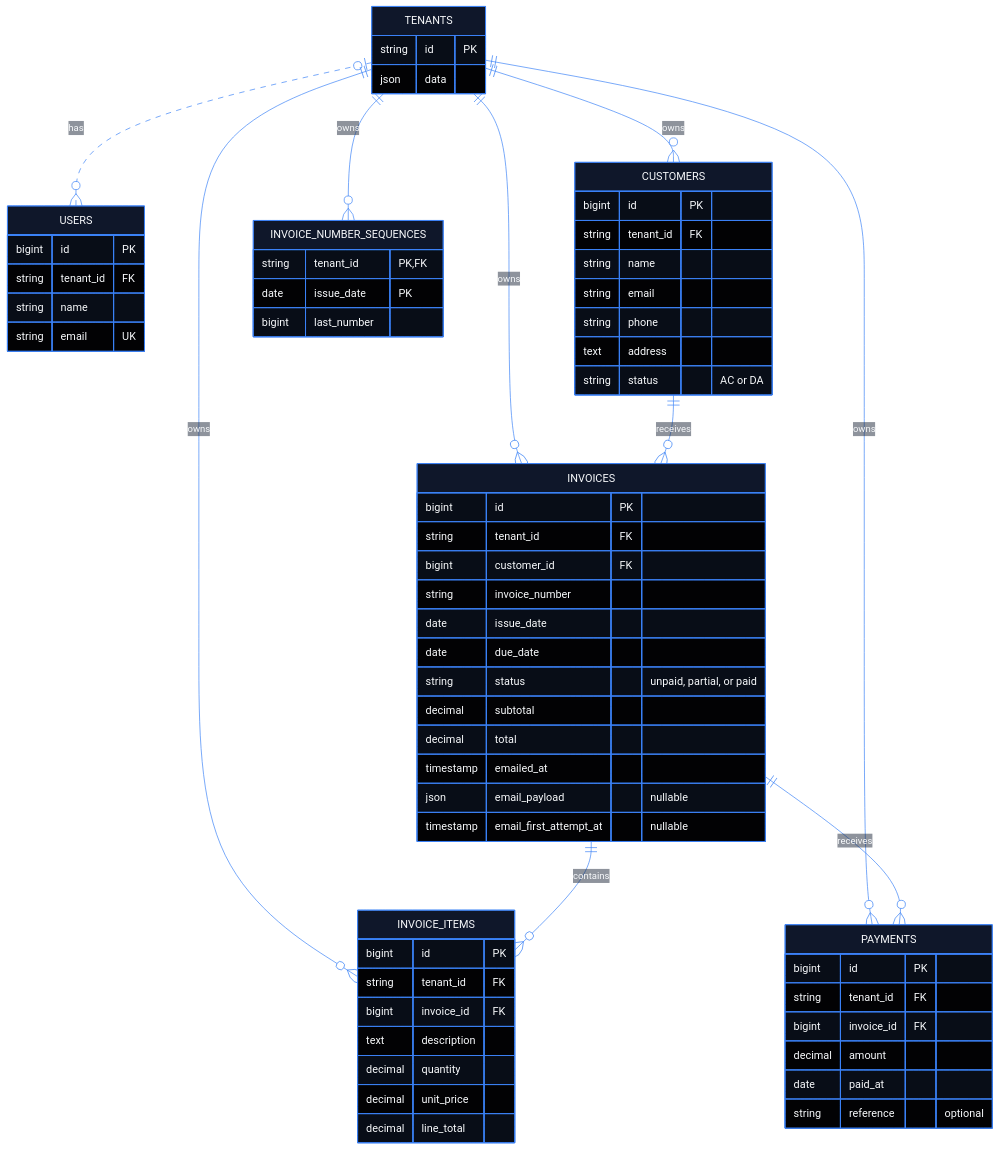
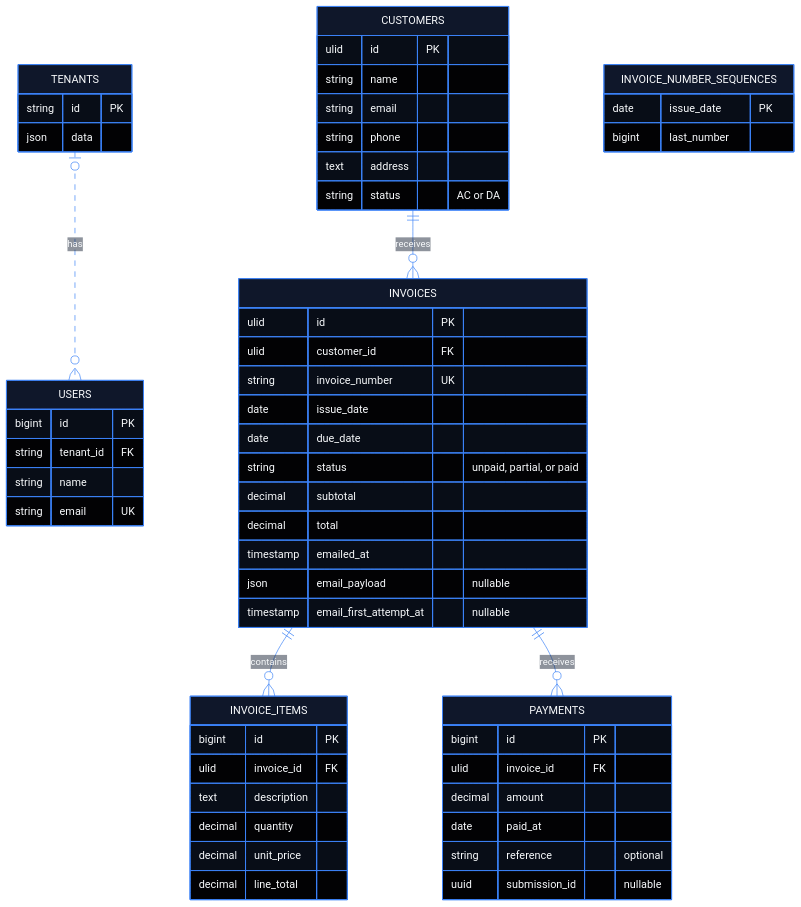
One commit to JunXianHoo/accounting_saas changed the diagram in docs/erd.md. Above: the diagram before and after it, drawn with Mermaid. The commit also changed other lines of this file and 75 other files, not shown here.

````diff
--- a/docs/erd.md
+++ b/docs/erd.md
@@ -21,11 +21,6 @@
 ---
 erDiagram
     TENANTS o|..o{ USERS : has
-    TENANTS ||--o{ CUSTOMERS : owns
-    TENANTS ||--o{ INVOICES : owns
-    TENANTS ||--o{ INVOICE_NUMBER_SEQUENCES : owns
-    TENANTS ||--o{ INVOICE_ITEMS : owns
-    TENANTS ||--o{ PAYMENTS : owns
     CUSTOMERS ||--o{ INVOICES : receives
     INVOICES ||--o{ INVOICE_ITEMS : contains
     INVOICES ||--o{ PAYMENTS : receives
@@ -41,8 +36,7 @@
         string email UK
     }
     CUSTOMERS {
-        bigint id PK
-        string tenant_id FK
+        ulid id PK
         string name
         string email
         string phone
@@ -50,10 +44,9 @@
         string status "AC or DA"
     }
     INVOICES {
-        bigint id PK
-        string tenant_id FK
-        bigint customer_id FK
-        string invoice_number
+        ulid id PK
+        ulid customer_id FK
+        string invoice_number UK
         date issue_date
         date due_date
         string status "unpaid, partial, or paid"
@@ -64,14 +57,12 @@
         timestamp email_first_attempt_at "nullable"
     }
     INVOICE_NUMBER_SEQUENCES {
-        string tenant_id PK, FK
         date issue_date PK
         bigint last_number
     }
     INVOICE_ITEMS {
         bigint id PK
-        string tenant_id FK
-        bigint invoice_id FK
+        ulid invoice_id FK
         text description
         decimal quantity
         decimal unit_price
@@ -79,10 +70,10 @@
     }
     PAYMENTS {
         bigint id PK
-        string tenant_id FK
-        bigint invoice_id FK
+        ulid invoice_id FK
         decimal amount
         date paid_at
         string reference "optional"
+        uuid submission_id "nullable"
     }
 ```
````
